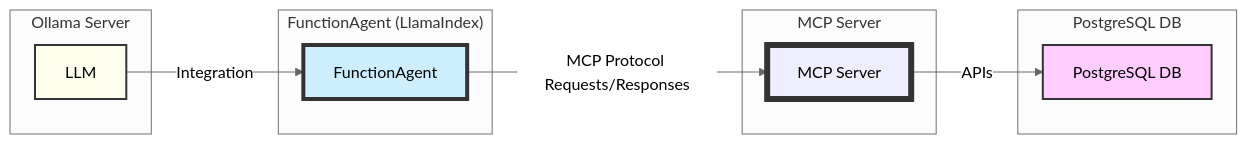
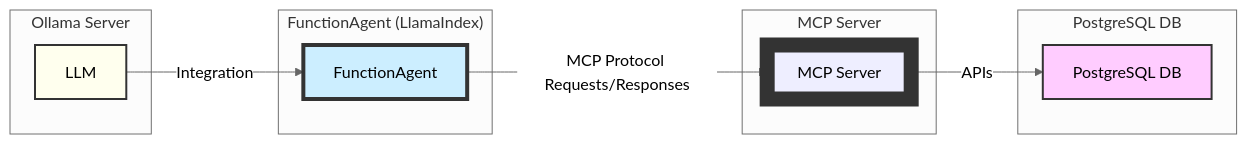
The diagram in README.md (00VALAK00/MCP-LLamaIndex-CRUD-Agent), drawn with Mermaid (neutral theme) before and after one commit.

````diff
--- a/README.md
+++ b/README.md
@@ -15,25 +15,25 @@
 ```mermaid
 flowchart LR
     subgraph UserAgent["FunctionAgent (LlamaIndex)"]
         A[FunctionAgent]
     end
     subgraph MCP["MCP Server"]
         B[MCP Server]
     end
     subgraph Ollama["Ollama Server"]
         C[LLM]
     end
     subgraph DB["PostgreSQL DB"]
         D[PostgreSQL DB]
     end
 
     A -- "MCP Protocol Requests/Responses" --> B
     C -- "Integration" --> A
     B -- "APIs" --> D
   
 
     style A fill:#cef,stroke:#333,stroke-width:4px
-    style B fill:#eef,stroke:#333,stroke-width:6px
+    style B fill:#eef,stroke:#333,stroke-width:15px
     style C fill:#ffe,stroke:#333,stroke-width:2px
     style D fill:#fcf,stroke:#333,stroke-width:2px
 ```
````
